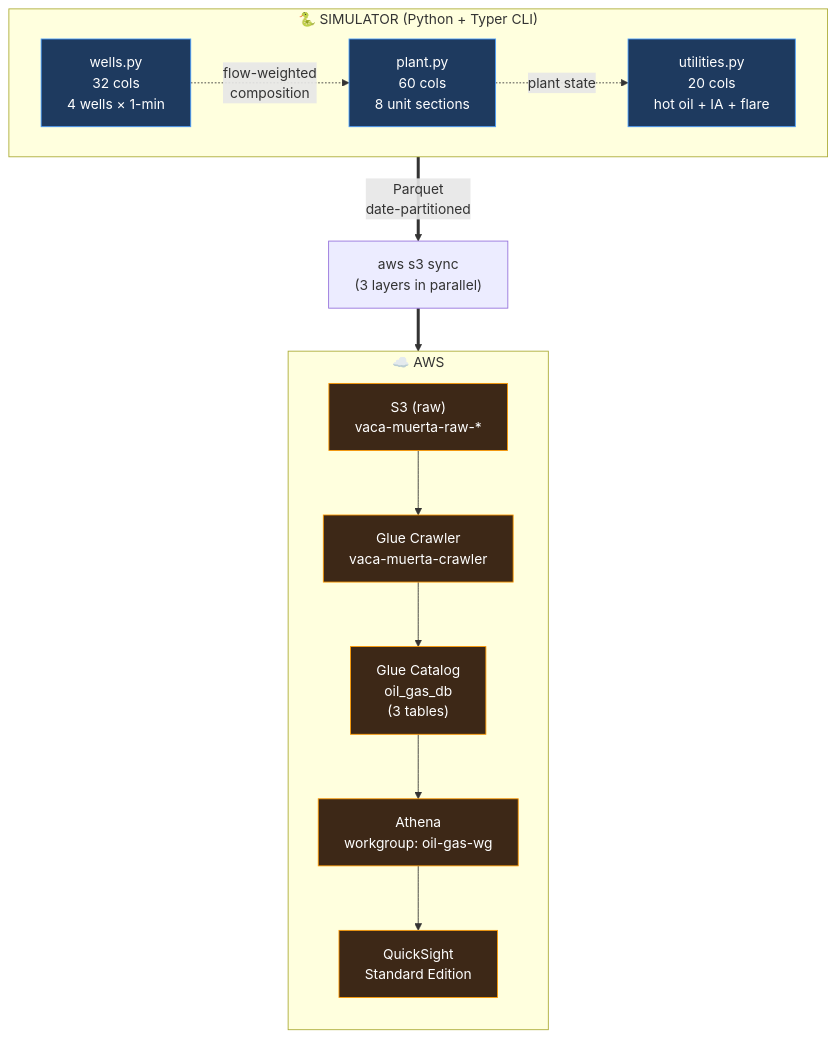
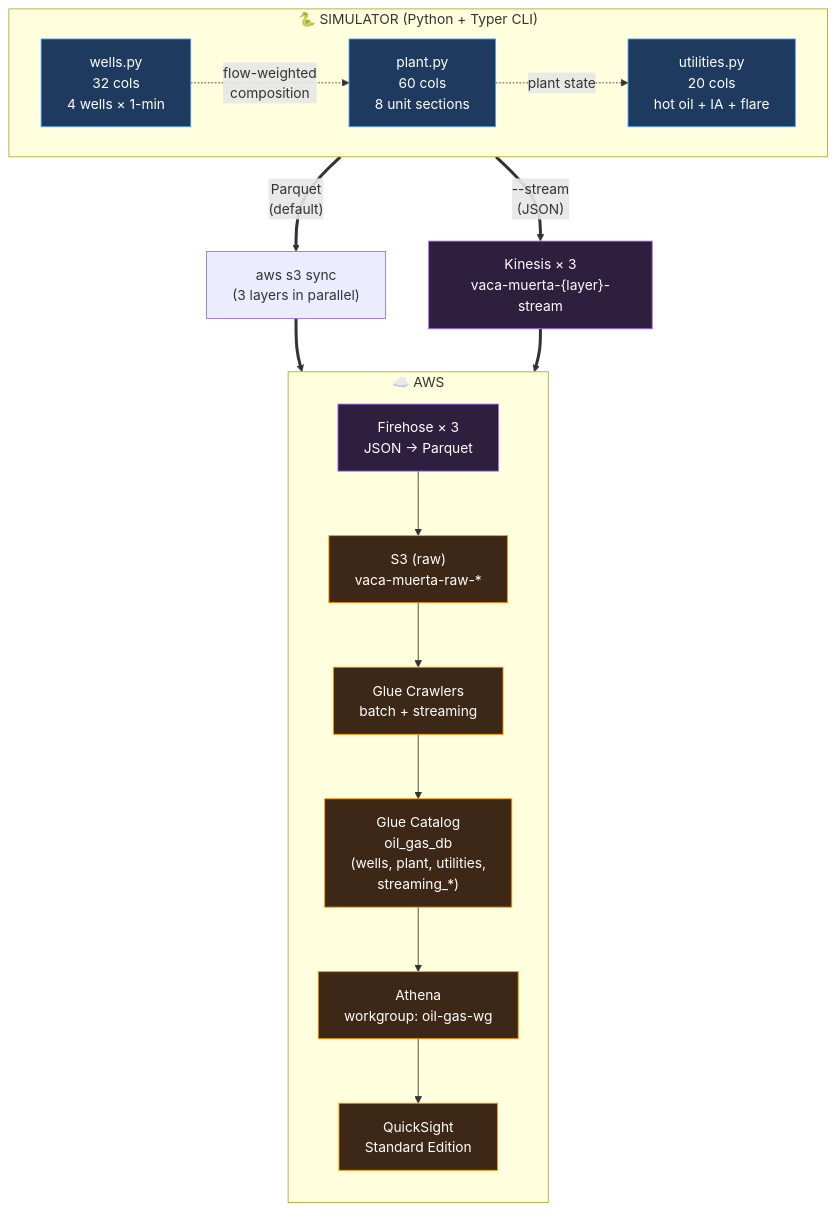
The diagram in README.md (c4chiv4che/oil-gas-quicksight), drawn with Mermaid before and after one commit. The commit also changed other lines of this file and 4 other files, not shown here.

````diff
--- a/README.md
+++ b/README.md
@@ -37,34 +39,40 @@
 ```mermaid
 flowchart TB
     subgraph SIM["🐍 SIMULATOR (Python + Typer CLI)"]
         direction LR
         W["wells.py<br/>32 cols<br/>4 wells × 1-min"]
         P["plant.py<br/>60 cols<br/>8 unit sections"]
         U["utilities.py<br/>20 cols<br/>hot oil + IA + flare"]
         W -.->|flow-weighted<br/>composition| P
         P -.->|plant state| U
     end
 
-    SIM ==>|"Parquet<br/>date-partitioned"| SYNC["aws s3 sync<br/>(3 layers in parallel)"]
+    SIM ==>|"Parquet<br/>(default)"| SYNC["aws s3 sync<br/>(3 layers in parallel)"]
+    SIM ==>|"--stream<br/>(JSON)"| KIN["Kinesis × 3<br/>vaca-muerta-{layer}-stream"]
 
     subgraph AWS["☁️ AWS"]
         direction TB
         S3["S3 (raw)<br/>vaca-muerta-raw-*"]
-        GC["Glue Crawler<br/>vaca-muerta-crawler"]
-        CAT["Glue Catalog<br/>oil_gas_db<br/>(3 tables)"]
+        FH["Firehose × 3<br/>JSON → Parquet"]
+        GC["Glue Crawlers<br/>batch + streaming"]
+        CAT["Glue Catalog<br/>oil_gas_db<br/>(wells, plant, utilities,<br/>streaming_*)"]
         AT["Athena<br/>workgroup: oil-gas-wg"]
         QS["QuickSight<br/>Standard Edition"]
 
+        FH --> S3
         S3 --> GC
         GC --> CAT
         CAT --> AT
         AT --> QS
     end
 
     SYNC ==> S3
+    KIN ==> FH
 
     classDef sim fill:#1e3a5f,stroke:#4a9eff,color:#fff
     classDef aws fill:#3d2817,stroke:#ff9900,color:#fff
+    classDef stream fill:#2d1f3d,stroke:#b46aff,color:#fff
     class W,P,U sim
     class S3,GC,CAT,AT,QS aws
+    class KIN,FH stream
 ```
````
